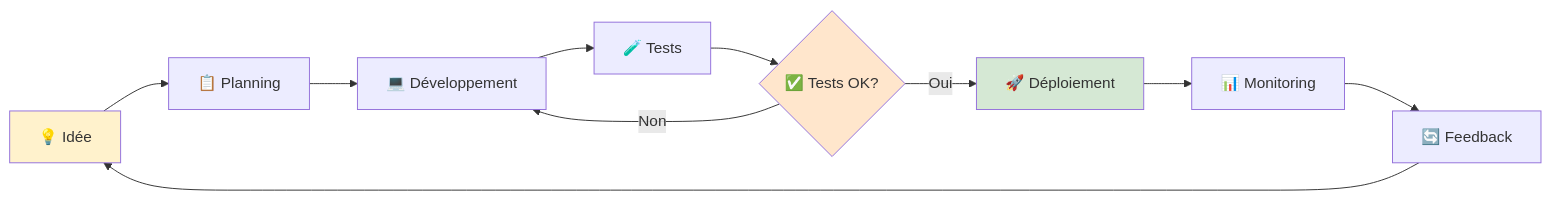
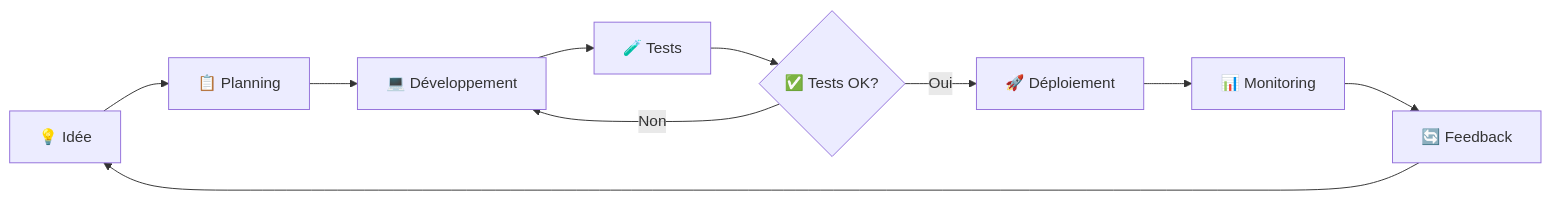
One commit to elieduclr/Awesome-Readme-Templates changed the third of 24 diagrams in tools/mermaid-diagrams.md. Above: the diagram before and after it, drawn with Mermaid. The commit also changed other lines of this file, not shown here.

First line of the commit message:
Update mermaid-diagrams.md

````diff
--- a/tools/mermaid-diagrams.md
+++ b/tools/mermaid-diagrams.md
@@ -151,16 +151,12 @@
 ```mermaid
 graph LR
     A[💡 Idée] --> B[📋 Planning]
     B --> C[💻 Développement]
     C --> D[🧪 Tests]
     D --> E{✅ Tests OK?}
     E -->|Non| C
     E -->|Oui| F[🚀 Déploiement]
     F --> G[📊 Monitoring]
     G --> H[🔄 Feedback]
     H --> A
-    
-    style A fill:#fff2cc
-    style F fill:#d5e8d4
-    style E fill:#ffe6cc
 ```
````
